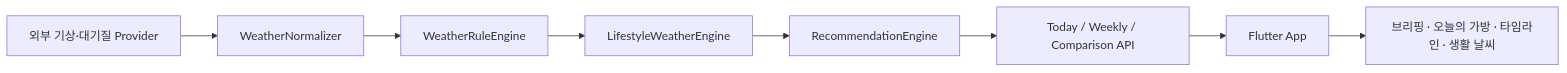
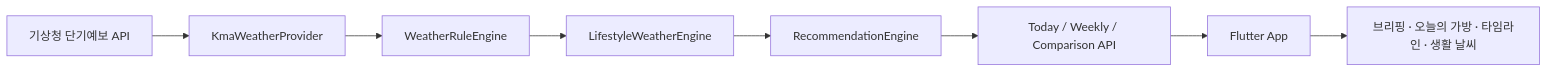
One commit to sohay19/weather_care changed the diagram in README.md. Above: the diagram before and after it, drawn with Mermaid. The commit also changed other lines of this file and 2 other files, not shown here.

Commit message:
docs: 기상청 API 설정 안내

````diff
--- a/README.md
+++ b/README.md
@@ -29,10 +29,10 @@
 ```mermaid
 flowchart LR
-    provider["외부 기상·대기질 Provider"] --> normalize["WeatherNormalizer"]
+    provider["기상청 단기예보 API"] --> normalize["KmaWeatherProvider"]
     normalize --> rules["WeatherRuleEngine"]
     rules --> lifestyle["LifestyleWeatherEngine"]
     lifestyle --> recommendation["RecommendationEngine"]
     recommendation --> api["Today / Weekly / Comparison API"]
     api --> app["Flutter App"]
     app --> ui["브리핑 · 오늘의 가방 · 타임라인 · 생활 날씨"]
 ```
````
